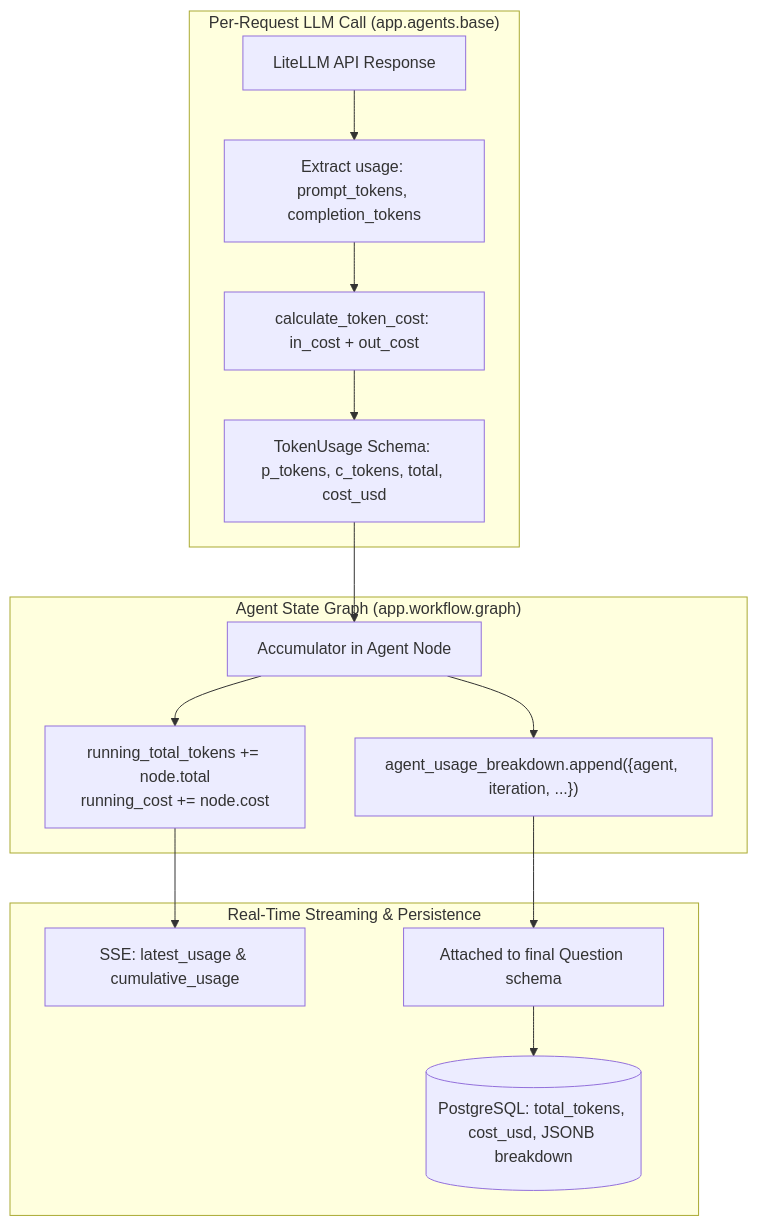
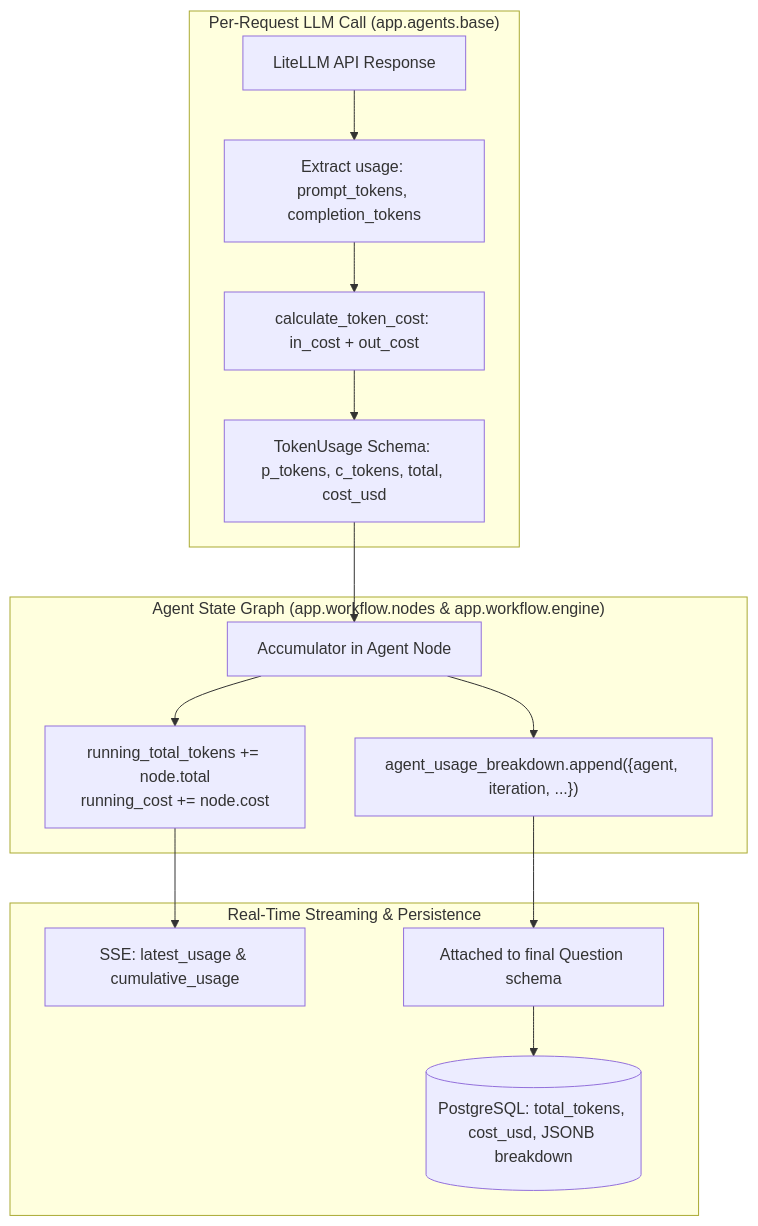
One commit to VishwamPatel-Infynno/MCAT-Question-Bank-Generator changed the diagram in docs/TOKEN_TRACKING.md. Above: the diagram before and after it, drawn with Mermaid. The commit also changed other lines of this file and 7 other files, not shown here.

````diff
--- a/docs/TOKEN_TRACKING.md
+++ b/docs/TOKEN_TRACKING.md
@@ -89,20 +89,20 @@
 ```mermaid
 graph TD
     subgraph "Per-Request LLM Call (app.agents.base)"
         LLM[LiteLLM API Response] --> Extract[Extract usage: prompt_tokens, completion_tokens]
         Extract --> CalcCost[calculate_token_cost: in_cost + out_cost]
         CalcCost --> TokenUsageObj[TokenUsage Schema: p_tokens, c_tokens, total, cost_usd]
     end
 
-    subgraph "Agent State Graph (app.workflow.graph)"
+    subgraph "Agent State Graph (app.workflow.nodes & app.workflow.engine)"
         TokenUsageObj --> Accumulate[Accumulator in Agent Node]
         Accumulate --> RunningTotals["running_total_tokens += node.total<br>running_cost += node.cost"]
         Accumulate --> ItemizedList["agent_usage_breakdown.append({agent, iteration, ...})"]
     end
 
     subgraph "Real-Time Streaming & Persistence"
         RunningTotals --> SSE[SSE: latest_usage & cumulative_usage]
         ItemizedList --> FinalQ[Attached to final Question schema]
         FinalQ --> PG[(PostgreSQL: total_tokens, cost_usd, JSONB breakdown)]
     end
 ```
````
